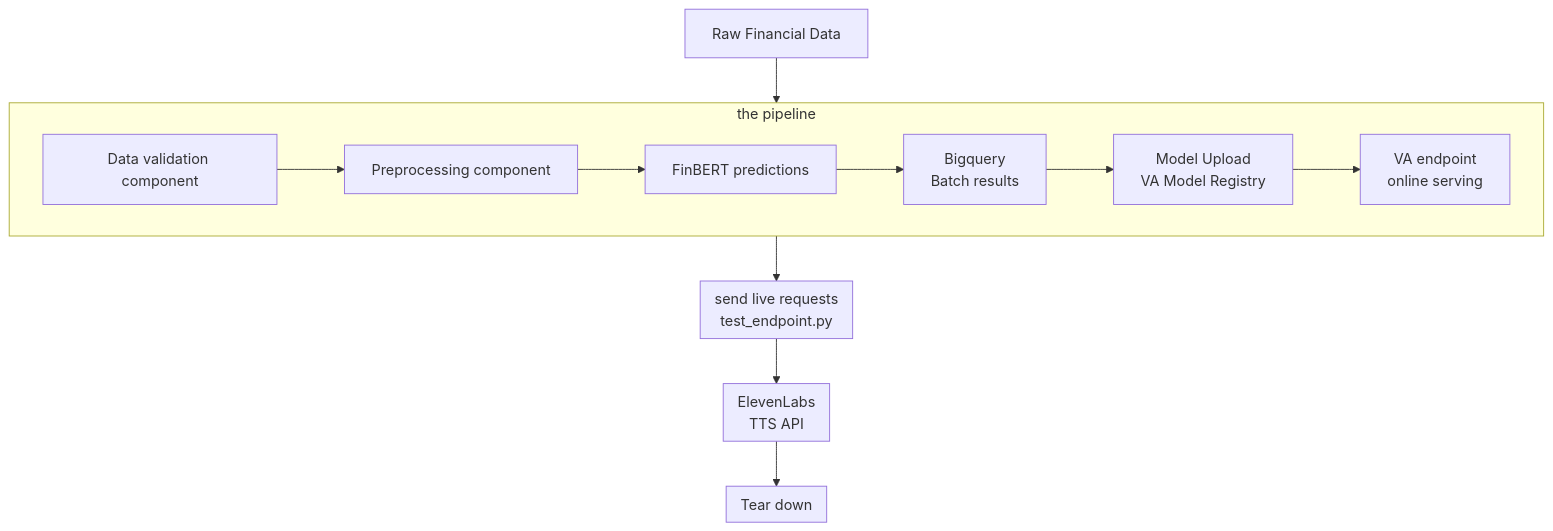
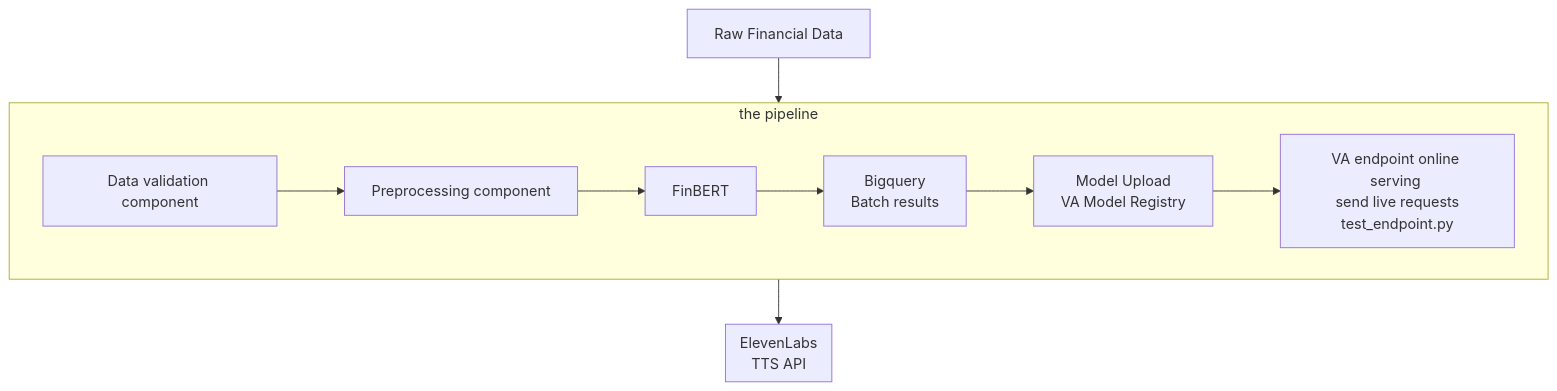
Before and after one commit to Sekinat95/cloud-architect-portfolio-iter2: the diagram in projects/INF PIPELINES/diagram/architecture-overview.mmd, drawn with Mermaid. The commit also changed 11 other files, not shown here.

Commit message:
updated diagram

```diff
--- a/projects/INF PIPELINES/diagram/architecture-overview.mmd
+++ b/projects/INF PIPELINES/diagram/architecture-overview.mmd
@@ -1,16 +1,33 @@
 graph TD
   GCS["Raw Financial Data"] --> VAPL
     subgraph VAPL["the pipeline"]
       DV["Data validation component"] --> PPR
-      PPR["Preprocessing component"] --> BINF["FinBERT predictions"] --> OUT
+      PPR["Preprocessing component"] --> BINF
+      BINF["FinBERT"] --> OUT
       OUT["Bigquery <br/> Batch results"] --> MDLU
       MDLU["Model Upload <br/> VA Model Registry"] --> DP
-      DP["VA endpoint <br/> online serving"]
-    end
-    subgraph TEST["send live requests <br/> test_endpoint.py"]
+      DP["VA endpoint online serving <br/> send live requests test_endpoint.py"]
     end
     subgraph TTS["ElevenLabs <br/> TTS API"]
     end
-    subgraph TRDWN["Tear down"]
-    end
-   VAPL --> TEST --> TTS --> TRDWN
+   VAPL --> TTS
+
+
+
+
+%% graph TD
+%%   GCS["Raw Financial Data"] --> VAPL
+%%     subgraph VAPL["the pipeline"]
+%%       DV["Data validation component"] --> PPR
+%%       PPR["Preprocessing component"] --> BINF["FinBERT predictions"] --> OUT
+%%       OUT["Bigquery <br/> Batch results"] --> MDLU
+%%       MDLU["Model Upload <br/> VA Model Registry"] --> DP
+%%       DP["VA endpoint <br/> online serving"]
+%%     end
+%%     subgraph TEST["send live requests <br/> test_endpoint.py"]
+%%     end
+%%     subgraph TTS["ElevenLabs <br/> TTS API"]
+%%     end
+%%     subgraph TRDWN["Tear down"]
+%%     end
+%%    VAPL --> TEST --> TTS --> TRDWN
```
